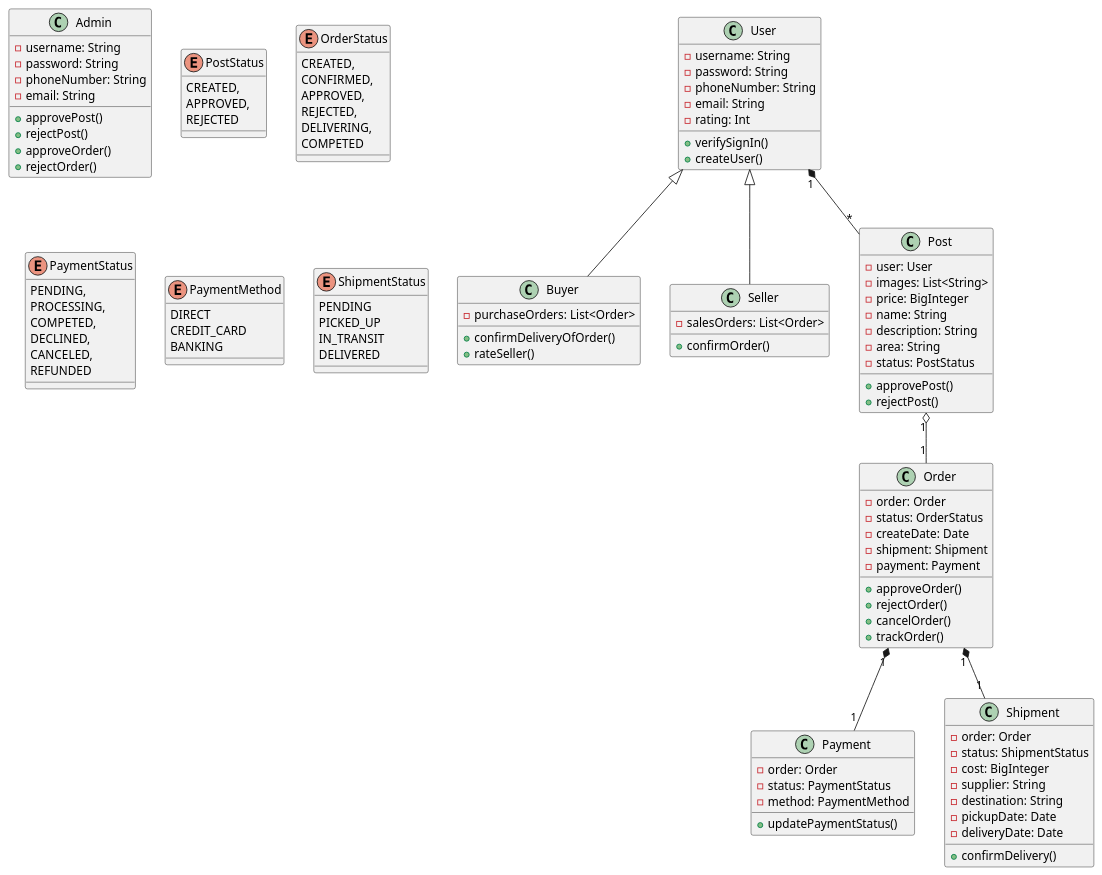
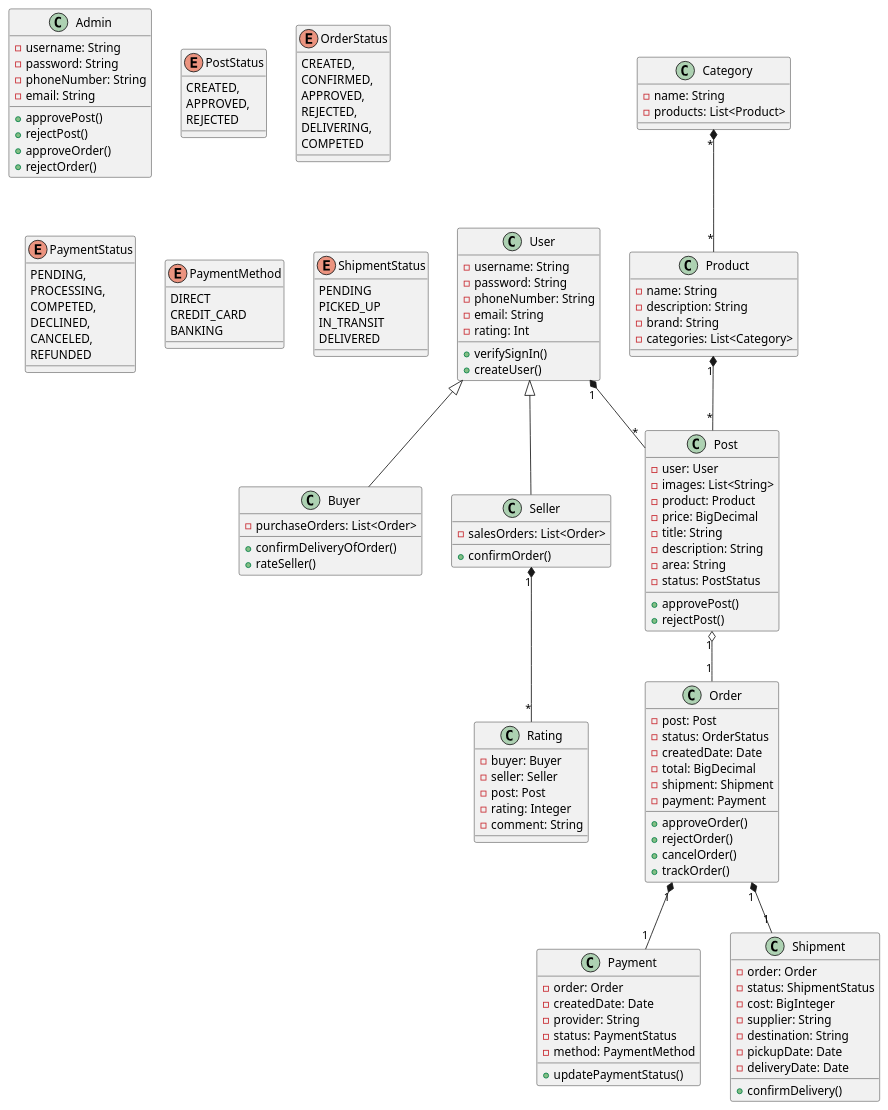
The diagram in Lab 1.2/puml-code/class.puml (doublek2712/SE357-Pratice-class), drawn with PlantUML before and after one commit. The commit also changed 1 other file, not shown here.

Commit message:
update class diagram

```diff
--- a/Lab 1.2/puml-code/class.puml
+++ b/Lab 1.2/puml-code/class.puml
@@ -1,120 +1,147 @@
 @startuml
 class User {
     -username: String
     -password: String
     -phoneNumber: String
     -email: String
     -rating: Int
     +verifySignIn()
     +createUser()
 }
 
 class Buyer {
     -purchaseOrders: List<Order>
     +confirmDeliveryOfOrder()
     +rateSeller()
 }
 
 class Seller {
     -salesOrders: List<Order>
     +confirmOrder()
 }
 
 class Admin {
     -username: String
     -password: String
     -phoneNumber: String
     -email: String
     +approvePost()
     +rejectPost()
     +approveOrder()
     +rejectOrder()
 }
 
 class Post {
     -user: User
     -images: List<String>
-    -price: BigInteger
-    -name: String
+    -product: Product
+    -price: BigDecimal
+    -title: String
     -description: String
     -area: String
     -status: PostStatus
     +approvePost()
     +rejectPost()
 }
 
 enum PostStatus {
     CREATED,
     APPROVED,
     REJECTED
 }
 
 class Order {
-    -order: Order
+    -post: Post
     -status: OrderStatus
-    -createDate: Date
+    -createdDate: Date
+    -total: BigDecimal
     -shipment: Shipment
     -payment: Payment
     +approveOrder()
     +rejectOrder()
     +cancelOrder()
     +trackOrder()
 }
 
 enum OrderStatus {
     CREATED,
     CONFIRMED,
     APPROVED,
     REJECTED,
     DELIVERING,
     COMPETED
 }
 
 class Payment {
     -order: Order
+    -createdDate: Date
+    -provider: String
     -status: PaymentStatus
     -method: PaymentMethod
     +updatePaymentStatus()
 }
 
 enum PaymentStatus {
     PENDING,
     PROCESSING,
     COMPETED,
     DECLINED,
     CANCELED,
     REFUNDED
 }
 
 enum PaymentMethod {
     DIRECT
     CREDIT_CARD
     BANKING
 }
 
 class Shipment {
     -order: Order
     -status: ShipmentStatus
     -cost: BigInteger
     -supplier: String
     -destination: String
     -pickupDate: Date
     -deliveryDate: Date
     +confirmDelivery()
 }
 
 enum ShipmentStatus {
     PENDING
     PICKED_UP
     IN_TRANSIT
     DELIVERED
 }
 
+class Category {
+-name: String
+-products: List<Product>
+}
+
+class Product {
+-name: String
+-description: String
+-brand: String
+-categories: List<Category>
+}
+
+class Rating {
+-buyer: Buyer
+-seller: Seller
+-post: Post
+-rating: Integer
+-comment: String
+}
+
 User "1" *-- "*" Post
+Product "1" *-- "*" Post
+Seller "1" *-- "*" Rating
+Category "*" *-- "*" Product
 Post "1" o-- "1" Order
 Order "1" *-- "1" Payment
 Order "1" *-- "1" Shipment
 User <|-- Buyer
 User <|-- Seller
 
 @enduml
```
